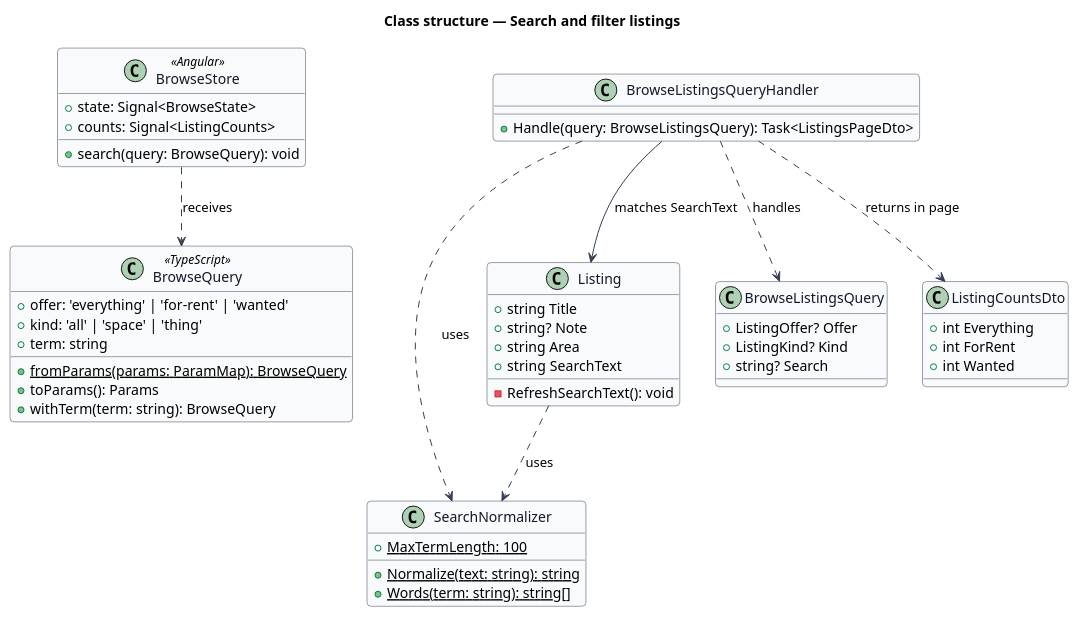
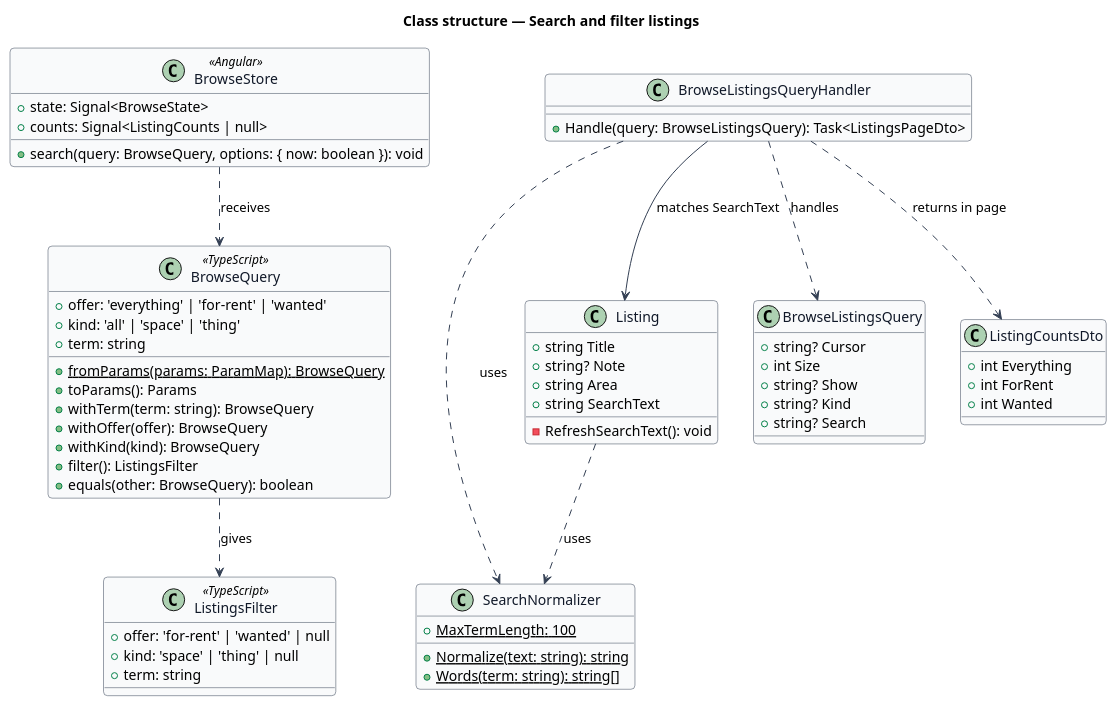
One commit to QuinntyneBrown/christian-rent changed the diagram in docs/detailed-designs/browse/search-and-filter-listings/diagrams/class-structure.puml. Above: the diagram before and after it, drawn with PlantUML. The commit also changed 27 other files, not shown here.

First line of the commit message:
Decide how a search matches and keep the kind filter in the address

```diff
--- a/docs/detailed-designs/browse/search-and-filter-listings/diagrams/class-structure.puml
+++ b/docs/detailed-designs/browse/search-and-filter-listings/diagrams/class-structure.puml
@@ -1,60 +1,72 @@
 @startuml
 ' --- shared skin header ---
 skinparam backgroundColor #FFFFFF
 skinparam shadowing false
 skinparam roundcorner 8
 skinparam defaultFontName Arial
 skinparam ArrowColor #344054
 skinparam class {
   BorderColor #344054
   FontColor #101828
   BackgroundColor #F9FAFB
 }
 ' --------------------------
 title Class structure — Search and filter listings
 
 class BrowseQuery <<TypeScript>> {
   +offer: 'everything' | 'for-rent' | 'wanted'
   +kind: 'all' | 'space' | 'thing'
   +term: string
   +{static} fromParams(params: ParamMap): BrowseQuery
   +toParams(): Params
   +withTerm(term: string): BrowseQuery
+  +withOffer(offer): BrowseQuery
+  +withKind(kind): BrowseQuery
+  +filter(): ListingsFilter
+  +equals(other: BrowseQuery): boolean
+}
+class ListingsFilter <<TypeScript>> {
+  +offer: 'for-rent' | 'wanted' | null
+  +kind: 'space' | 'thing' | null
+  +term: string
 }
 class BrowseStore <<Angular>> {
-  +search(query: BrowseQuery): void
+  +search(query: BrowseQuery, options: { now: boolean }): void
   +state: Signal<BrowseState>
-  +counts: Signal<ListingCounts>
+  +counts: Signal<ListingCounts | null>
 }
 class SearchNormalizer {
   +{static} MaxTermLength: 100
   +{static} Normalize(text: string): string
   +{static} Words(term: string): string[]
 }
 class Listing {
   +string Title
   +string? Note
   +string Area
   +string SearchText
   -RefreshSearchText(): void
 }
 class BrowseListingsQuery {
-  +ListingOffer? Offer
-  +ListingKind? Kind
+  +string? Cursor
+  +int Size
+  +string? Show
+  +string? Kind
   +string? Search
 }
 class BrowseListingsQueryHandler {
   +Handle(query: BrowseListingsQuery): Task<ListingsPageDto>
 }
 class ListingCountsDto {
   +int Everything
   +int ForRent
   +int Wanted
 }
 BrowseStore ..> BrowseQuery : receives
+BrowseQuery ..> ListingsFilter : gives
 BrowseListingsQueryHandler ..> BrowseListingsQuery : handles
 BrowseListingsQueryHandler ..> SearchNormalizer : uses
 BrowseListingsQueryHandler --> Listing : matches SearchText
 BrowseListingsQueryHandler ..> ListingCountsDto : returns in page
 Listing ..> SearchNormalizer : uses
 @enduml
```
